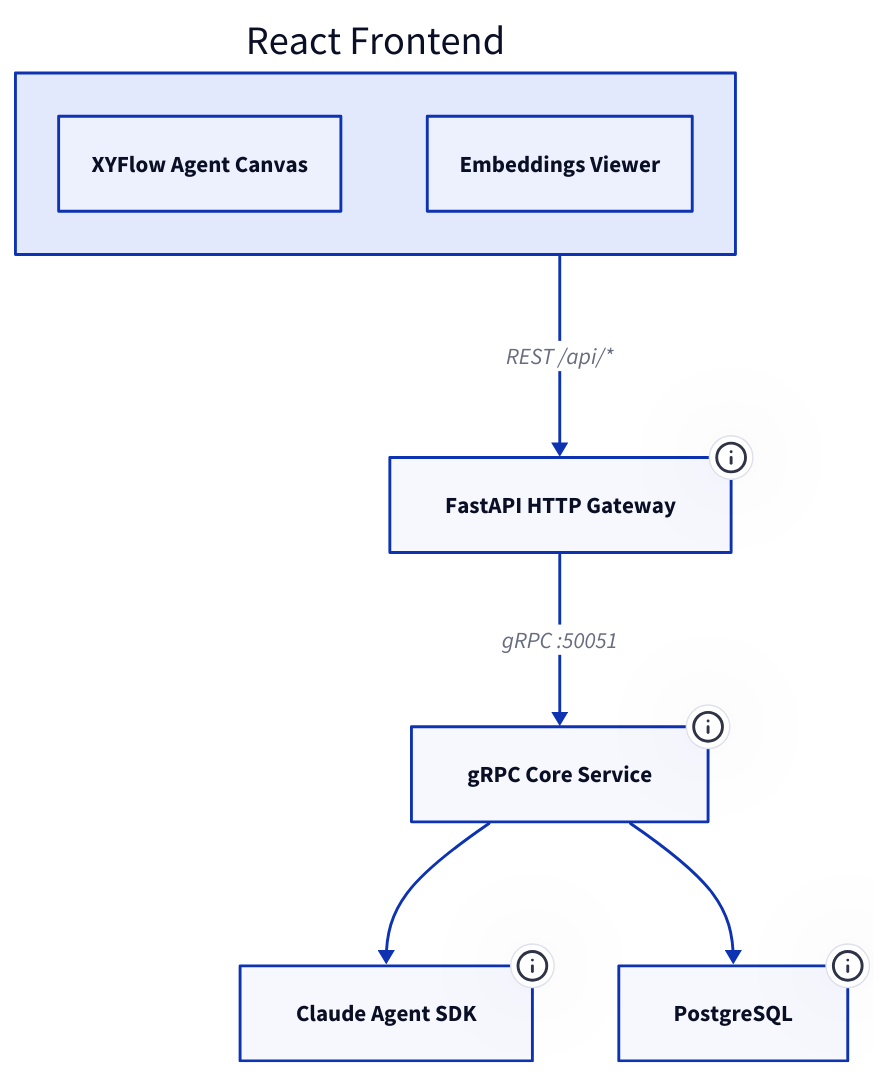
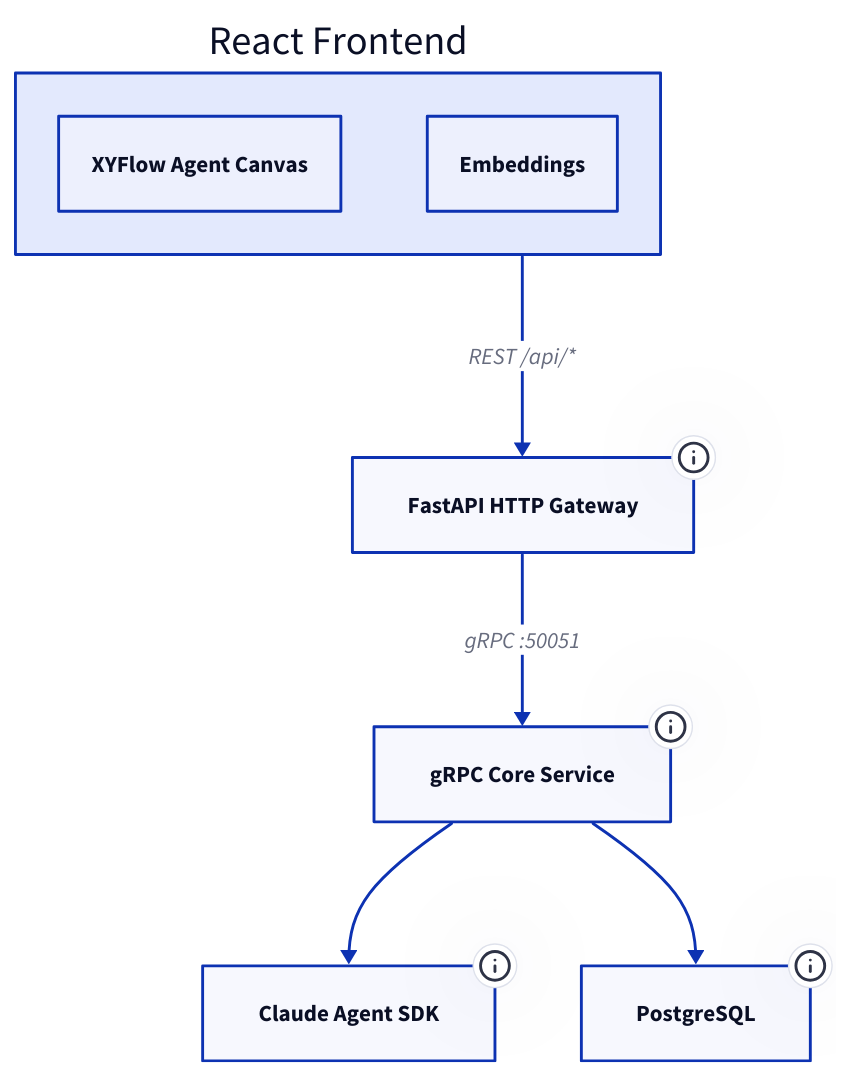
The diagram in docs/src/architecture/overview.md (zndx/atelier), drawn with D2 before and after one commit. The commit also changed 22 other files, not shown here.

First line of the commit message:
feat: model discovery, rename Embeddings Viewer to Embeddings, default to Opus

````diff
--- a/docs/src/architecture/overview.md
+++ b/docs/src/architecture/overview.md
@@ -5,29 +5,29 @@
 ```d2
 direction: down
 
 ui: React Frontend {
   canvas: XYFlow Agent Canvas
-  embeddings: Embeddings Viewer
+  embeddings: Embeddings
 }
 
 gateway: FastAPI HTTP Gateway {
   tooltip: "Serves React build\nBridges REST → gRPC"
 }
 
 grpc: gRPC Core Service {
   tooltip: "Proto-first API\nAgent orchestration\nData management"
 }
 
 agents: Claude Agent SDK {
   tooltip: "Keystone agents\nAdaptive workflows"
 }
 
 db: PostgreSQL {
   tooltip: "devenv: PG 16 + pgvector\nCAI: PGlite (Node.js)"
 }
 
 ui -> gateway: REST /api/*
 gateway -> grpc: gRPC :50051
 grpc -> agents
 grpc -> db
 ```
````
